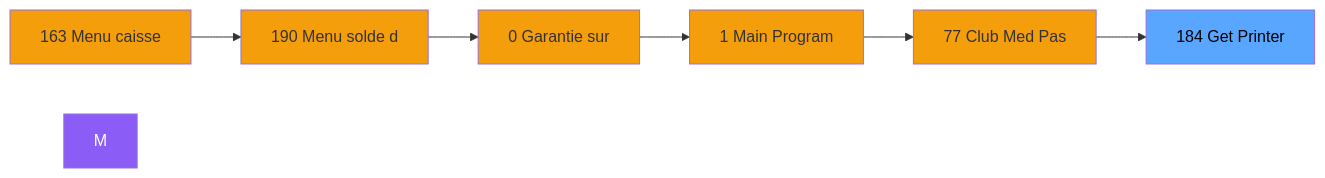
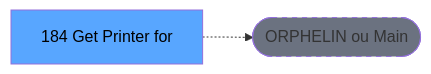
One commit to thonyAGP/lecteur-magic changed the second of 3 diagrams in .openspec/specs/ADH-IDE-184.md. Above: the diagram before and after it, drawn with Mermaid. The commit also changed other lines of this file and 701 other files, not shown here.

````diff
--- a/.openspec/specs/ADH-IDE-184.md
+++ b/.openspec/specs/ADH-IDE-184.md
@@ -108,21 +117,8 @@
 ```mermaid
 graph LR
-    N163[163 Menu caisse ]
-    N190[190 Menu solde d]
-    N0[0 Garantie sur]
-    N1[1 Main Program]
-    N77[77 Club Med Pas]
-    T[184 Get Printer ]
-    N163 --> N190
-    N190 --> N0
-    N0 --> N1
-    N1 --> N77
-    N77 --> T
-    style M fill:#8b5cf6,color:#fff
-    style N163 fill:#f59e0b
-    style N190 fill:#f59e0b
-    style N0 fill:#f59e0b
-    style N1 fill:#f59e0b
-    style N77 fill:#f59e0b
+    T[184 Get Printer for]
+    ORPHAN([ORPHELIN ou Main])
+    T -.-> ORPHAN
     style T fill:#58a6ff,color:#000
+    style ORPHAN fill:#6b7280,stroke-dasharray: 5 5
 ```
````
